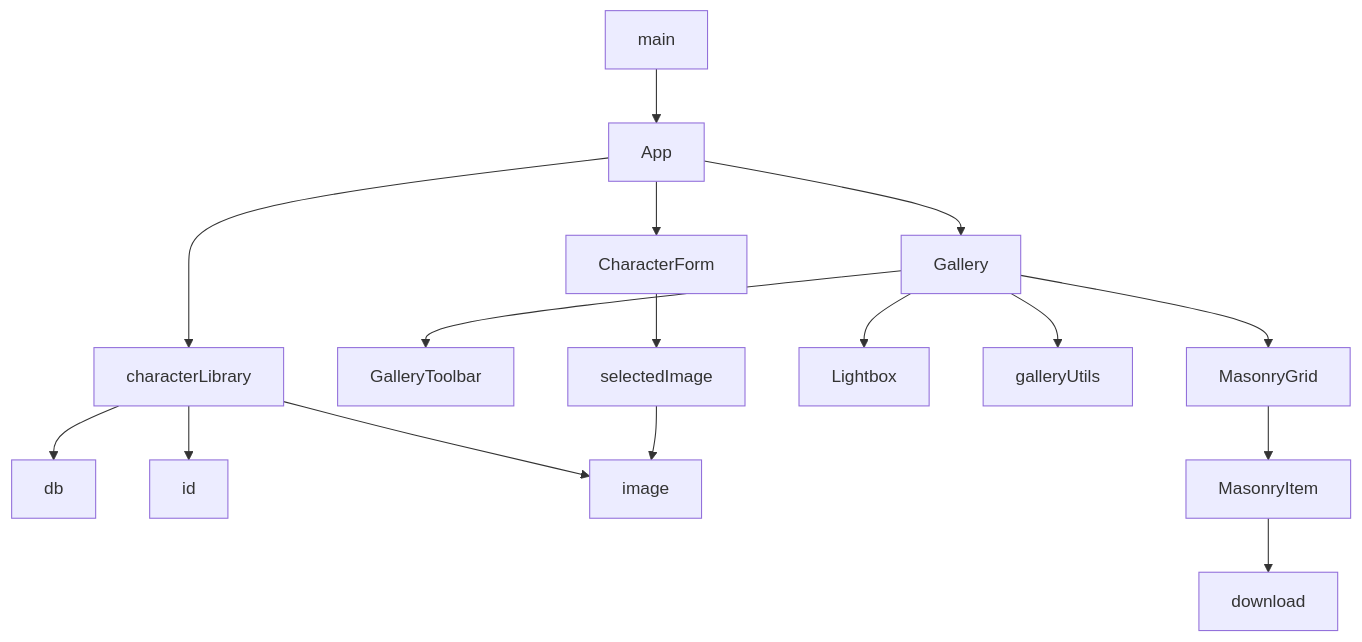
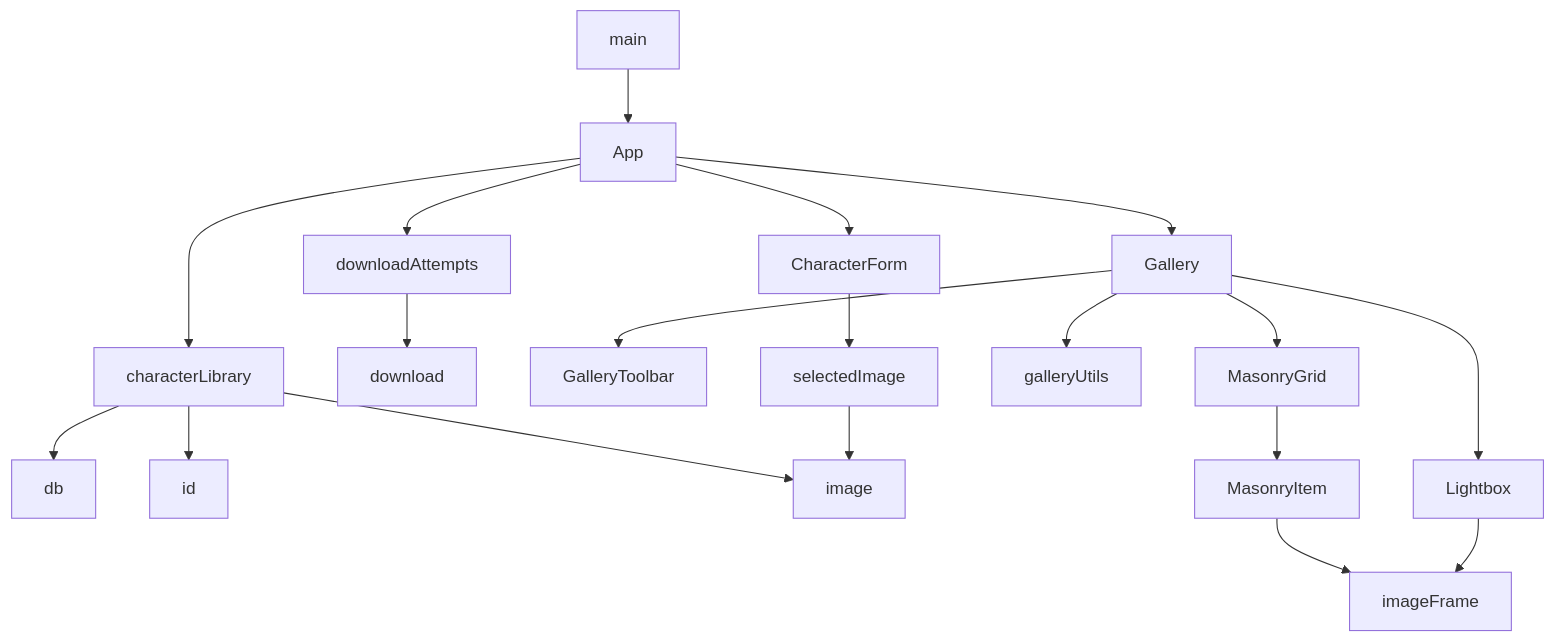
The diagram in docs/LLM-WIKI.md (SairaDev02/sillytavern-vault), drawn with Mermaid before and after one commit. The commit also changed other lines of this file and 1 other file, not shown here.

First line of the commit message:
docs(gallery): document gallery states, image fallback, and download feedback with desktop browser evidence (#39)

````diff
--- a/docs/LLM-WIKI.md
+++ b/docs/LLM-WIKI.md
@@ -65,18 +67,21 @@
 ```mermaid
 graph TD
   main --> App
   App --> characterLibrary
+  App --> downloadAttempts
   App --> Gallery
   App --> CharacterForm
   characterLibrary --> db
   characterLibrary --> id
   characterLibrary --> image
+  downloadAttempts --> download
   Gallery --> GalleryToolbar
   Gallery --> MasonryGrid
   Gallery --> Lightbox
   Gallery --> galleryUtils
   MasonryGrid --> MasonryItem
-  MasonryItem --> download
+  MasonryItem --> imageFrame
+  Lightbox --> imageFrame
   CharacterForm --> selectedImage
   selectedImage --> image
 ```
````
